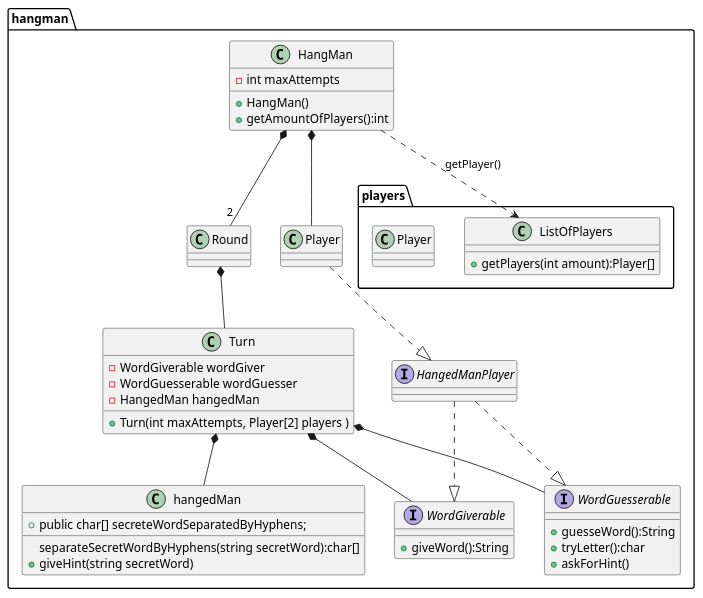
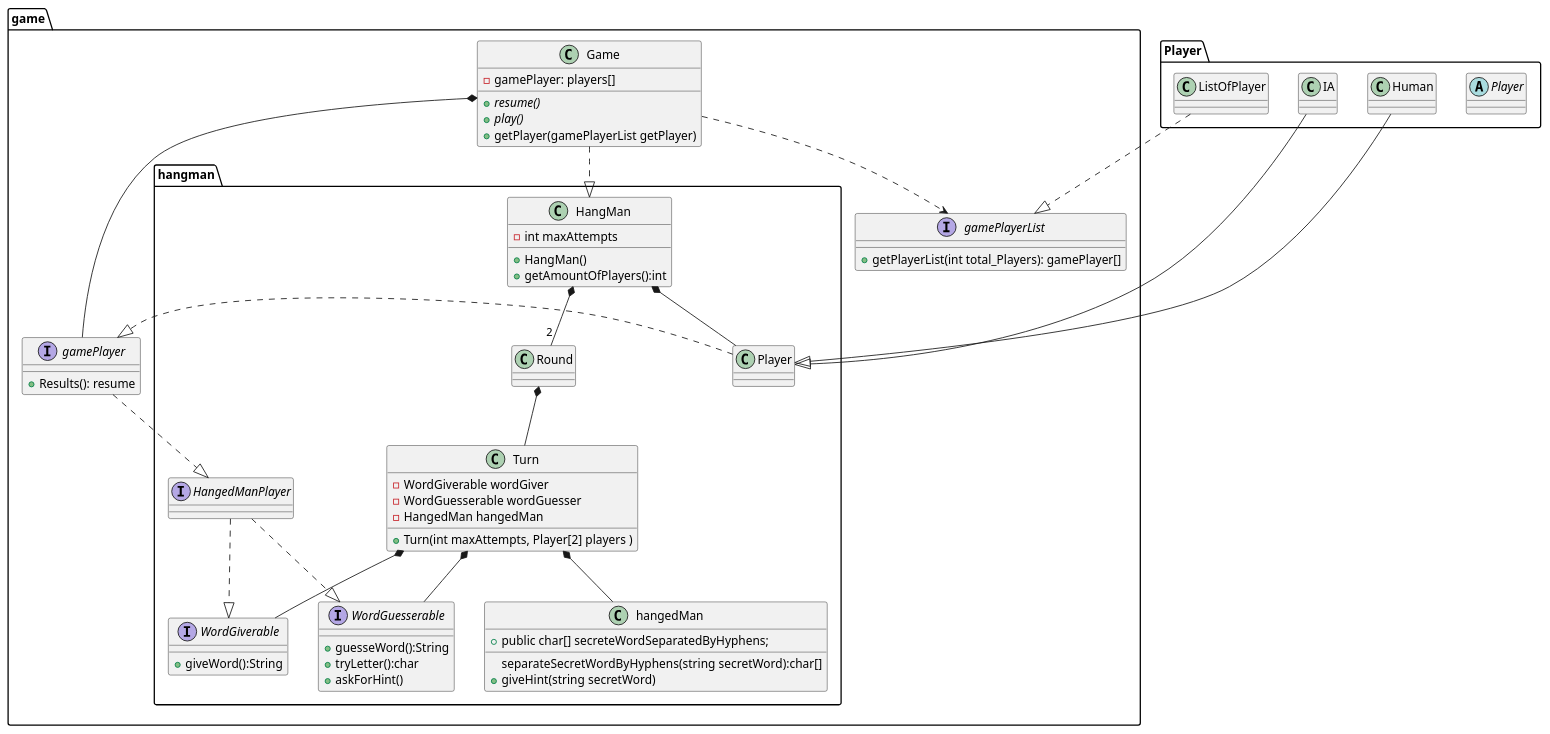
Before and after one commit to sergiomendez2/newworkspacecodinggame: the diagram in docs/classdiagram/hangmanClassDiagram.puml, drawn with PlantUML. The commit also changed 3 other files, not shown here.

Commit message:
sending changes to the diagram hangman game

```diff
--- a/docs/classdiagram/hangmanClassDiagram.puml
+++ b/docs/classdiagram/hangmanClassDiagram.puml
@@ -1,57 +1,80 @@
 @startuml
+package Player {
+abstract Player{}
+class ListOfPlayer{}
+class IA
+class Human
+}
+package game {
+
+interface gamePlayer{
+        +Results(): resume
+    }
+    class Game {
+        -gamePlayer: players[]
+        +{abstract} resume()
+        +{abstract} play()
+        +getPlayer(gamePlayerList getPlayer)
+    }
+    interface gamePlayerList{
+            +getPlayerList(int total_Players): gamePlayer[]
+    }
 
 package hangman{
 class hangedMan{
 +public char[] secreteWordSeparatedByHyphens;
 separateSecretWordByHyphens(string secretWord):char[]
 +giveHint(string secretWord)
 }
 Interface HangedManPlayer
     class HangMan{
         +HangMan()
         +getAmountOfPlayers():int
         -int maxAttempts
     }
 
     class Round
 
     class Turn{
         -WordGiverable wordGiver
         -WordGuesserable wordGuesser
         -HangedMan hangedMan
         +Turn(int maxAttempts, Player[2] players )
     }
 
     interface WordGiverable{
         +giveWord():String
     }
 
     interface WordGuesserable{
         +guesseWord():String
         +tryLetter():char
         +askForHint()
     }
 
     HangedManPlayer ..|> WordGiverable
     HangedManPlayer ..|> WordGuesserable
 
     Turn *-- WordGiverable
     Turn *-- WordGuesserable
     Turn *-- hangedMan
     Round *-- Turn
     HangMan *-- Player
     HangMan *-- "2" Round
 
-package players{
-    class ListOfPlayers{
-        +getPlayers(int amount):Player[]
-    }
 
-    class Player{
-    }
+
+
+gamePlayer..|> HangedManPlayer
+Player ..|> gamePlayer
+ListOfPlayer ..|> gamePlayerList
+Game..>gamePlayerList
+Game..|>HangMan
+Game*--gamePlayer
+IA--|>Player
+Human--|>Player
+
+
 }
-
-HangMan ..> ListOfPlayers:getPlayer()
-Player ..|> HangedManPlayer
 }
 @enduml
```
